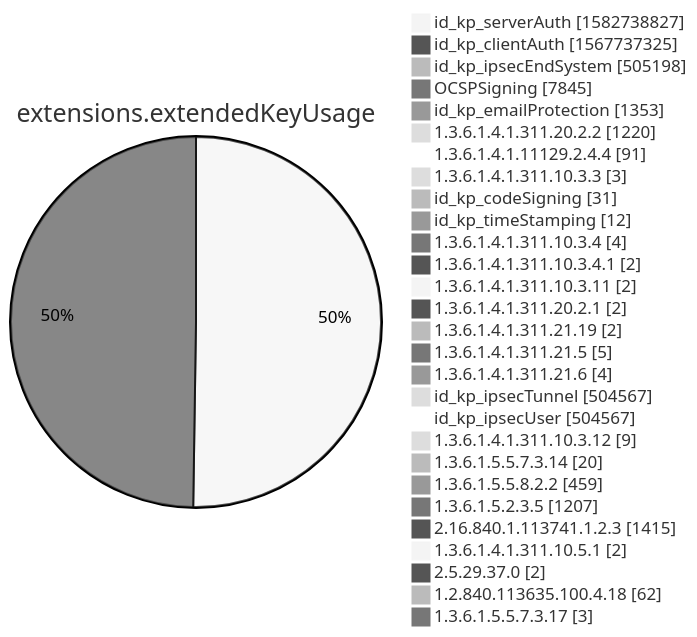
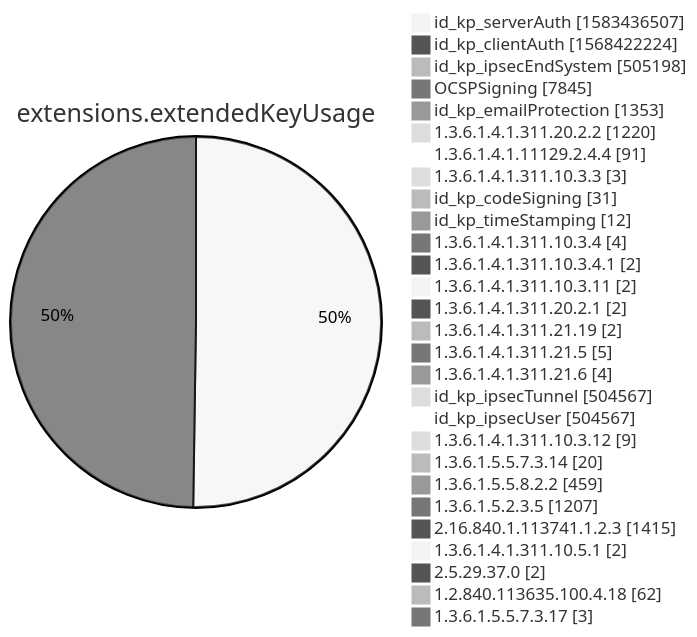
Diagram 12 of 15 in xenon2022/README.md (christiankrug/ctmonitor_visualization), drawn with Mermaid (neutral theme) before and after one commit. The commit also changed other lines of this file, not shown here.

````diff
--- a/xenon2022/README.md
+++ b/xenon2022/README.md
@@ -3884,32 +3884,32 @@
 ```mermaid
 pie showData
 title extensions.extendedKeyUsage
-"id_kp_serverAuth" :1582738827
-"id_kp_clientAuth" :1567737325
+"id_kp_serverAuth" :1583436507
+"id_kp_clientAuth" :1568422224
 "id_kp_ipsecEndSystem" :505198
 "OCSPSigning" :7845
 "id_kp_emailProtection" :1353
 "1.3.6.1.4.1.311.20.2.2" :1220
 "1.3.6.1.4.1.11129.2.4.4" :91
 "1.3.6.1.4.1.311.10.3.3" :3
 "id_kp_codeSigning" :31
 "id_kp_timeStamping" :12
 "1.3.6.1.4.1.311.10.3.4" :4
 "1.3.6.1.4.1.311.10.3.4.1" :2
 "1.3.6.1.4.1.311.10.3.11" :2
 "1.3.6.1.4.1.311.20.2.1" :2
 "1.3.6.1.4.1.311.21.19" :2
 "1.3.6.1.4.1.311.21.5" :5
 "1.3.6.1.4.1.311.21.6" :4
 "id_kp_ipsecTunnel" :504567
 "id_kp_ipsecUser" :504567
 "1.3.6.1.4.1.311.10.3.12" :9
 "1.3.6.1.5.5.7.3.14" :20
 "1.3.6.1.5.5.8.2.2" :459
 "1.3.6.1.5.2.3.5" :1207
 "2.16.840.1.113741.1.2.3" :1415
 "1.3.6.1.4.1.311.10.5.1" :2
 "2.5.29.37.0" :2
 "1.2.840.113635.100.4.18" :62
 "1.3.6.1.5.5.7.3.17" :3
 ```
````
